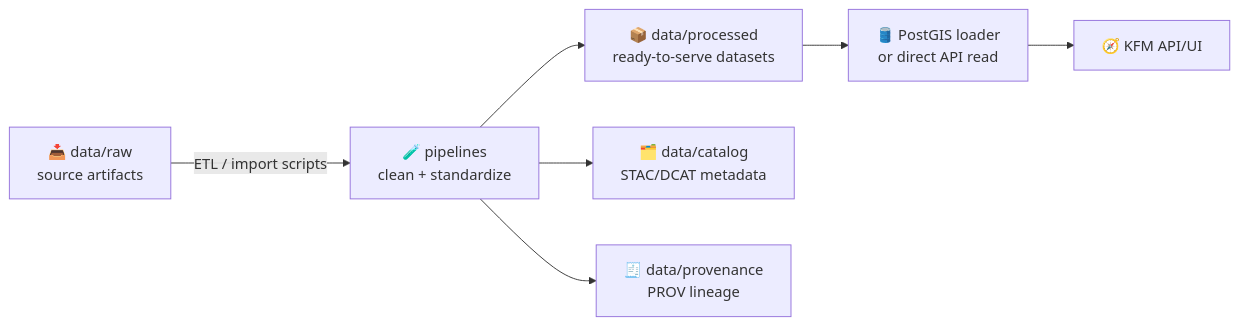
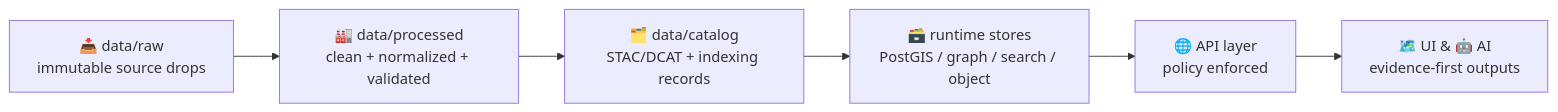
The diagram in data/processed/README.md (bartytime4life/Kansas-Frontier-Matrix), drawn with Mermaid before and after one commit. The commit also changed other lines of this file, not shown here.

````diff
--- a/data/processed/README.md
+++ b/data/processed/README.md
@@ -93,9 +24,8 @@
 ```mermaid
 flowchart LR
-  A[📥 data/raw<br/>source artifacts] -->|ETL / import scripts| B[🧪 pipelines<br/>clean + standardize]
-  B --> C[📦 data/processed<br/>ready-to-serve datasets]
-  B --> D[🗂️ data/catalog<br/>STAC/DCAT metadata]
-  B --> E[🧾 data/provenance<br/>PROV lineage]
-  C --> F[🛢️ PostGIS loader<br/>or direct API read]
-  F --> G[🧭 KFM API/UI]
+  A[📥 data/raw<br/>immutable source drops] --> B[🏭 data/processed<br/>clean + normalized + validated]
+  B --> C[🗂️ data/catalog<br/>STAC/DCAT + indexing records]
+  C --> D[🗃️ runtime stores<br/>PostGIS / graph / search / object]
+  D --> E[🌐 API layer<br/>policy enforced]
+  E --> F[🗺️ UI & 🤖 AI<br/>evidence-first outputs]
 ```
````
